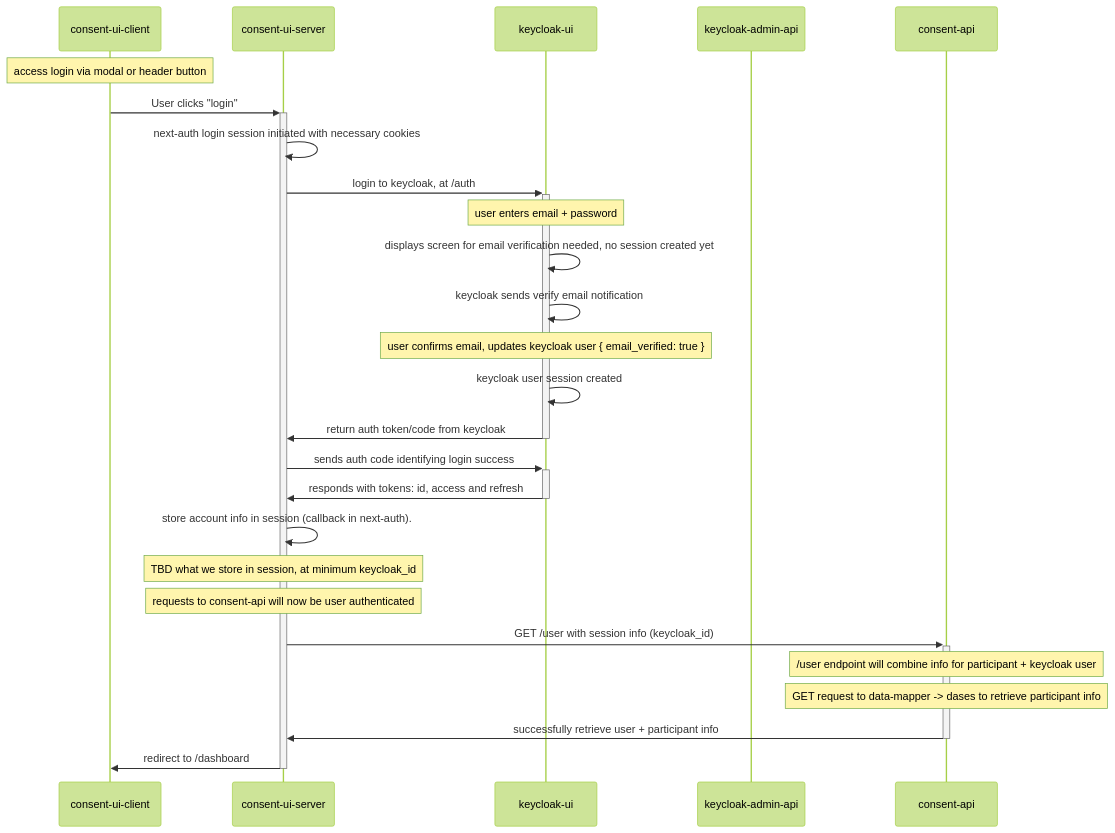
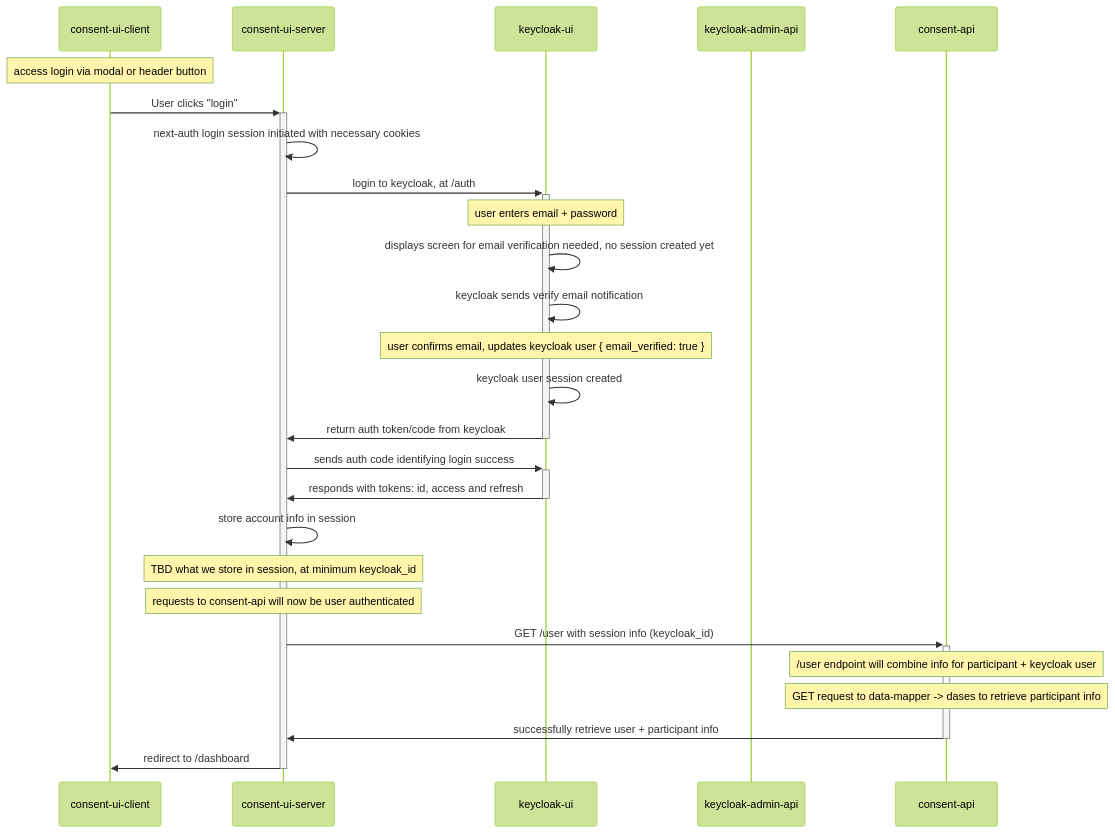
Before and after one commit to OHCRN/platform: the second of 2 diagrams in docs/registration-flow.md, drawn with Mermaid (forest theme). The commit also changed other lines of this file, not shown here.

Commit message:
diagram cleanup

````diff
--- a/docs/registration-flow.md
+++ b/docs/registration-flow.md
@@ -48,29 +46,29 @@
 ```mermaid
 sequenceDiagram
     participant client as consent-ui-client
     participant server as consent-ui-server
     participant keycloak-ui
     participant keycloak as keycloak-admin-api
     participant consent-api
 
     Note over client: access login via modal or header button
     client->>+server: User clicks "login"
     server->>server: next-auth login session initiated with necessary cookies
     server->>+keycloak-ui: login to keycloak, at /auth
     Note over keycloak-ui: user enters email + password
     keycloak-ui->>keycloak-ui: displays screen for email verification needed, no session created yet
     keycloak-ui->>keycloak-ui: keycloak sends verify email notification
     Note over keycloak-ui: user confirms email, updates keycloak user { email_verified: true }
     keycloak-ui->>keycloak-ui: keycloak user session created
     keycloak-ui->>-server: return auth token/code from keycloak
     server->>+keycloak-ui: sends auth code identifying login success
     keycloak-ui->>-server: responds with tokens: id, access and refresh
-    server->>server: store account info in session (callback in next-auth).
+    server->>server: store account info in session
     Note over server: TBD what we store in session, at minimum keycloak_id
     Note over server: requests to consent-api will now be user authenticated
     server->>+consent-api: GET /user with session info (keycloak_id)
     Note over consent-api: /user endpoint will combine info for participant + keycloak user
     Note over consent-api: GET request to data-mapper -> dases to retrieve participant info
     consent-api->>-server: successfully retrieve user + participant info
     server->>-client: redirect to /dashboard
 ```
````
